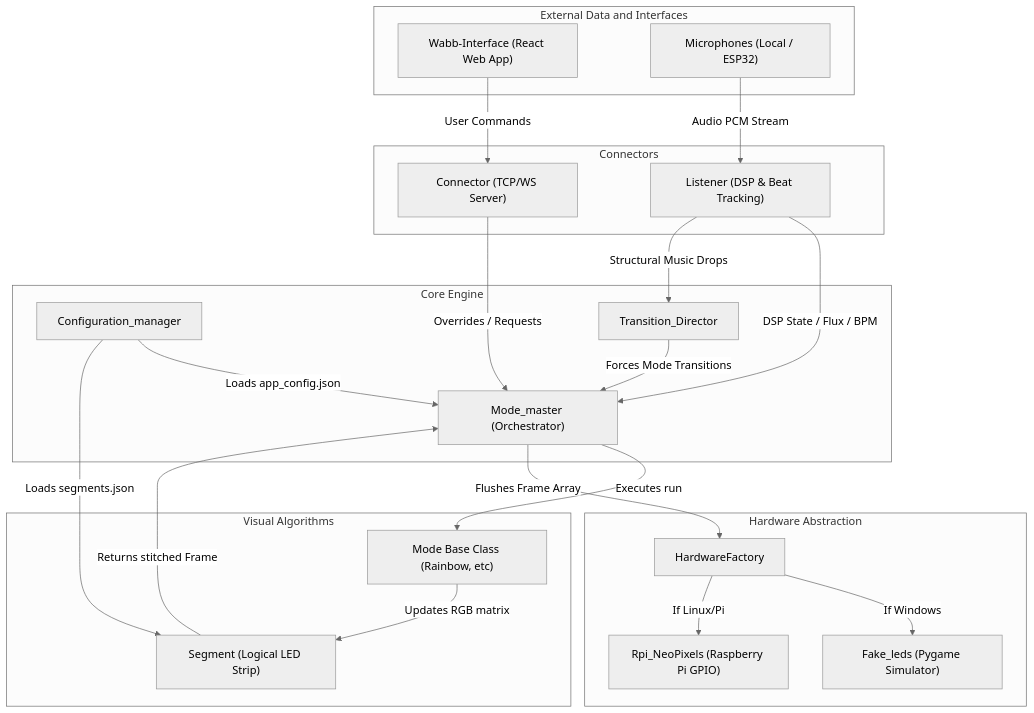
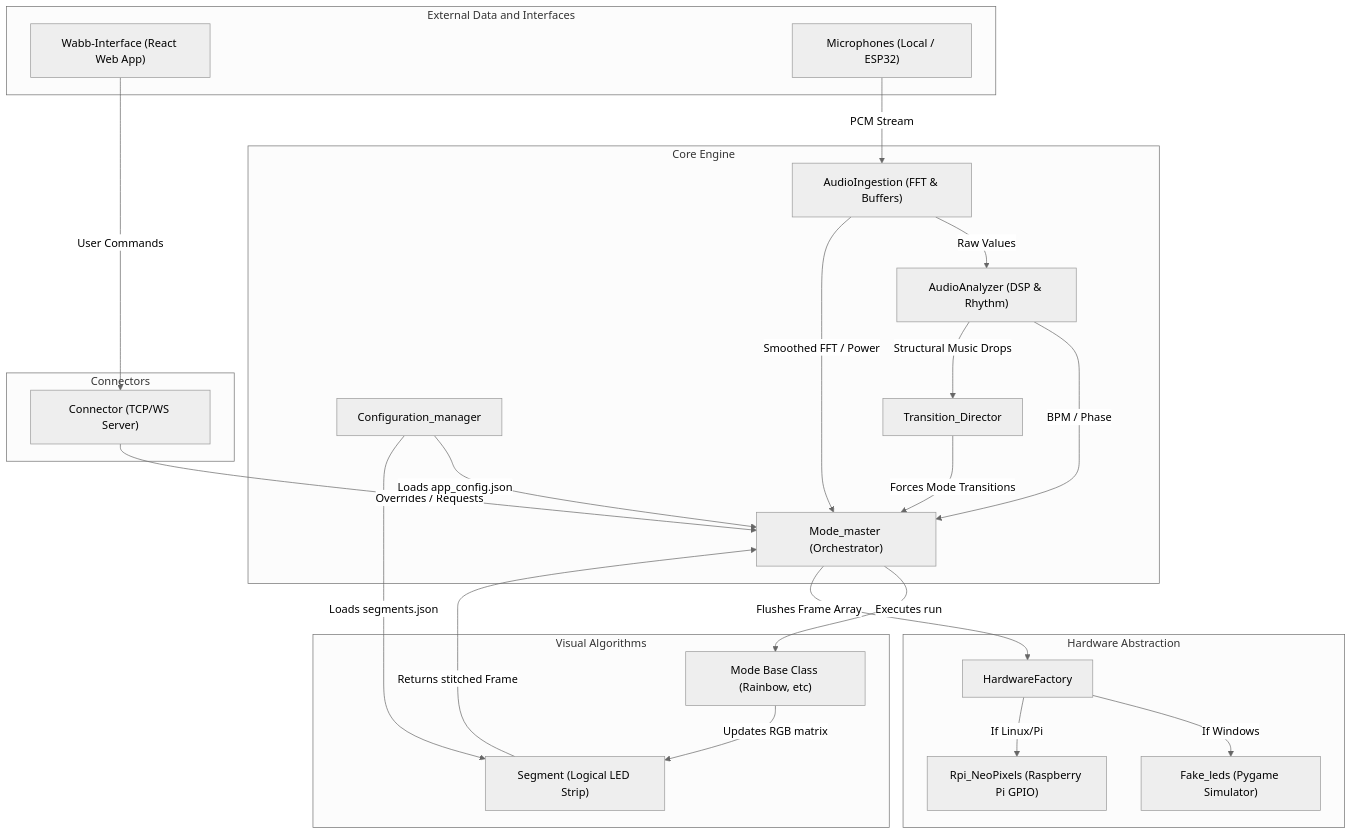
The diagram in project_overview.md (LucRobey/vialactee), drawn with Mermaid (neutral theme) before and after one commit. The commit also changed other lines of this file and 7 other files, not shown here.

Commit message:
feat: implement core audio processing pipeline with AudioIngestion and AudioAnalyzer modules.

````diff
--- a/project_overview.md
+++ b/project_overview.md
@@ -13,53 +13,57 @@
 ```mermaid
 graph TD
     %% External Inputs
     subgraph Inputs [External Data and Interfaces]
         Wabb["Wabb-Interface (React Web App)"]
         Mic["Microphones (Local / ESP32)"]
     end
 
     %% Network and Audio Ingestion
     subgraph Connectors [Connectors]
         Conn["Connector (TCP/WS Server)"]
-        Listener["Listener (DSP & Beat Tracking)"]
+        Mic["Microphones (Local / ESP32)"]
     end
 
     Wabb -->|User Commands| Conn
-    Mic -->|Audio PCM Stream| Listener
 
     %% Core Processing Engine
     subgraph Core [Core Engine]
         Config["Configuration_manager"]
+        AudioIngest["AudioIngestion (FFT & Buffers)"]
+        AudioAnalyz["AudioAnalyzer (DSP & Rhythm)"]
         ModeMaster["Mode_master (Orchestrator)"]
         TransDir["Transition_Director"]
     end
 
+    Mic -->|PCM Stream| AudioIngest
     Conn -->|Overrides / Requests| ModeMaster
-    Listener -->|DSP State / Flux / BPM| ModeMaster
-    Listener -->|Structural Music Drops| TransDir
+    AudioIngest -->|Raw Values| AudioAnalyz
+    AudioIngest -->|Smoothed FFT / Power| ModeMaster
+    AudioAnalyz -->|BPM / Phase| ModeMaster
+    AudioAnalyz -->|Structural Music Drops| TransDir
     TransDir -->|Forces Mode Transitions| ModeMaster
 
     %% Animation and Visuals
     subgraph Visuals [Visual Algorithms]
         Mode["Mode Base Class (Rainbow, etc)"]
         Seg["Segment (Logical LED Strip)"]
     end
 
     Config -->|Loads app_config.json| ModeMaster
     Config -->|Loads segments.json| Seg
 
     ModeMaster -->|Executes run| Mode
     Mode -->|Updates RGB matrix| Seg
     Seg -->|Returns stitched Frame| ModeMaster
 
     %% Hardware Output Layer
     subgraph Hardware [Hardware Abstraction]
         HwFac["HardwareFactory"]
         Fake["Fake_leds (Pygame Simulator)"]
         Rpi["Rpi_NeoPixels (Raspberry Pi GPIO)"]
     end
 
     ModeMaster -->|Flushes Frame Array| HwFac
     HwFac -->|If Windows| Fake
     HwFac -->|If Linux/Pi| Rpi
 ```
````
